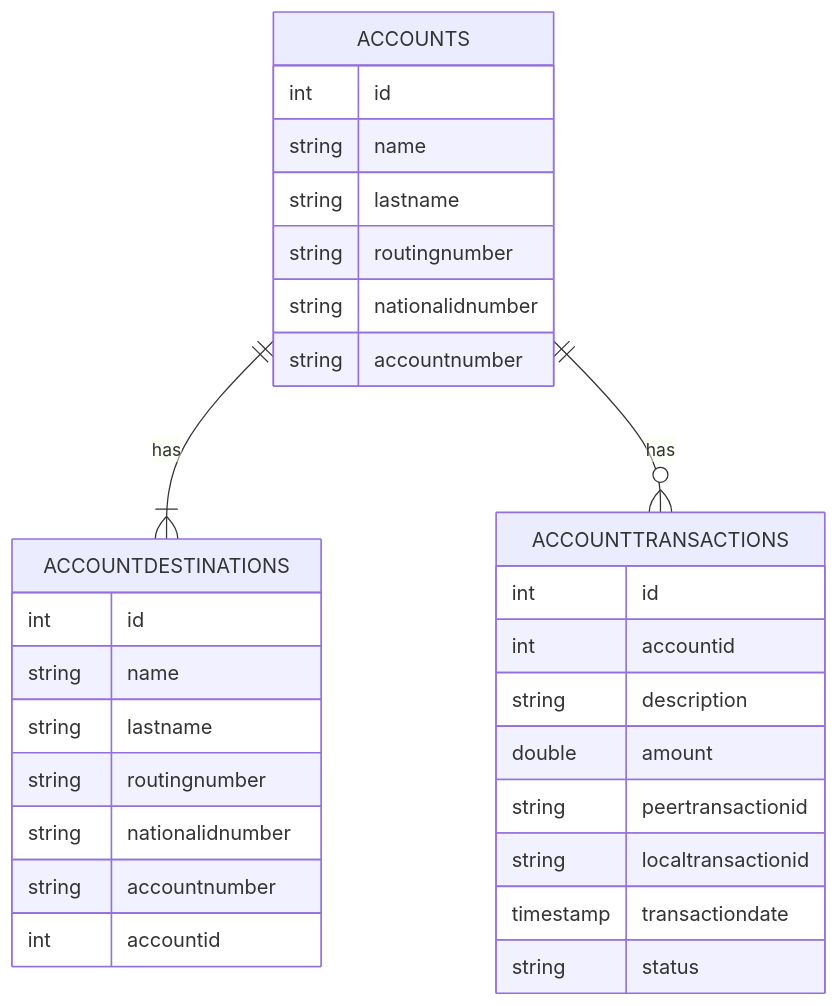
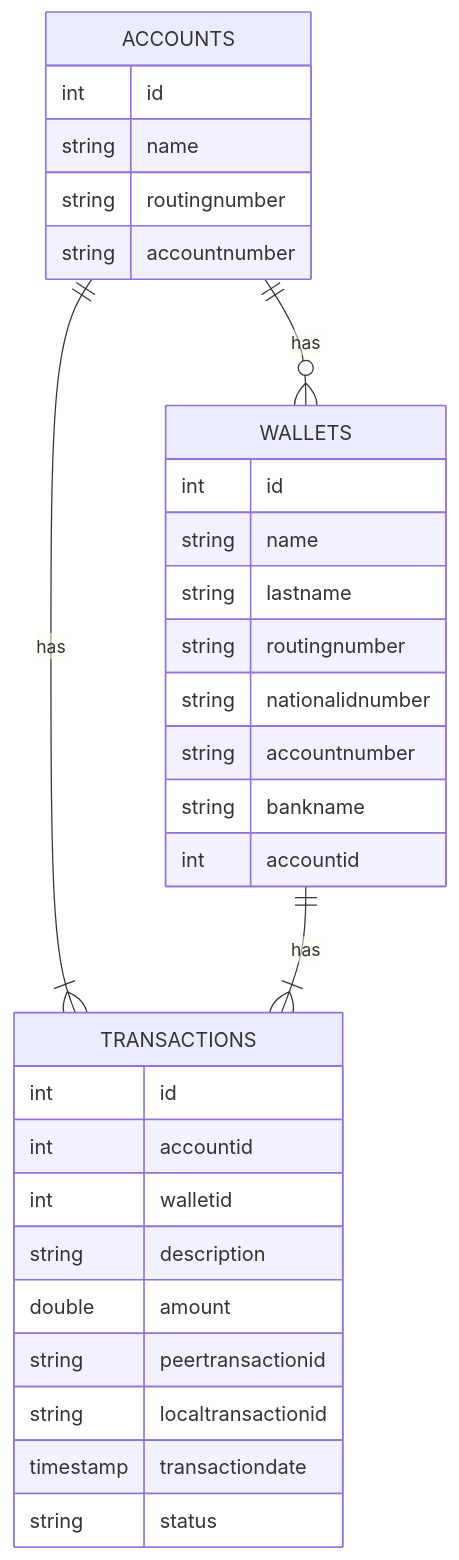
Before and after one commit to felipediazc/challenge: the seventh of 7 diagrams in DESIGN.md, drawn with Mermaid. The commit also changed other lines of this file and 25 other files, not shown here.

````diff
--- a/DESIGN.md
+++ b/DESIGN.md
@@ -164,32 +179,33 @@
 ```mermaid
 erDiagram
-    ACCOUNTS ||--|{ ACCOUNTDESTINATIONS : has
+    ACCOUNTS ||--|{ TRANSACTIONS : has
     ACCOUNTS {
+      int id
+      string name
+      string routingnumber
+      string accountnumber
+    }
+    ACCOUNTS ||--o{ WALLETS : has
+    WALLETS {
       int id
       string name
       string lastname
       string routingnumber
       string nationalidnumber
       string accountnumber
-    }
-    ACCOUNTS ||--o{ ACCOUNTTRANSACTIONS : has
-    ACCOUNTDESTINATIONS {
-      int id
-      string name
-      string lastname
-      string routingnumber
-      string nationalidnumber
-      string accountnumber
+      string bankname
       int accountid
     }
-    ACCOUNTTRANSACTIONS {
+    WALLETS ||--|{ TRANSACTIONS : has
+    TRANSACTIONS {
       int id
       int accountid
+      int walletid
       string description
       double amount
       string peertransactionid
       string localtransactionid      
       timestamp transactiondate
       string status
     }
 ```
````
